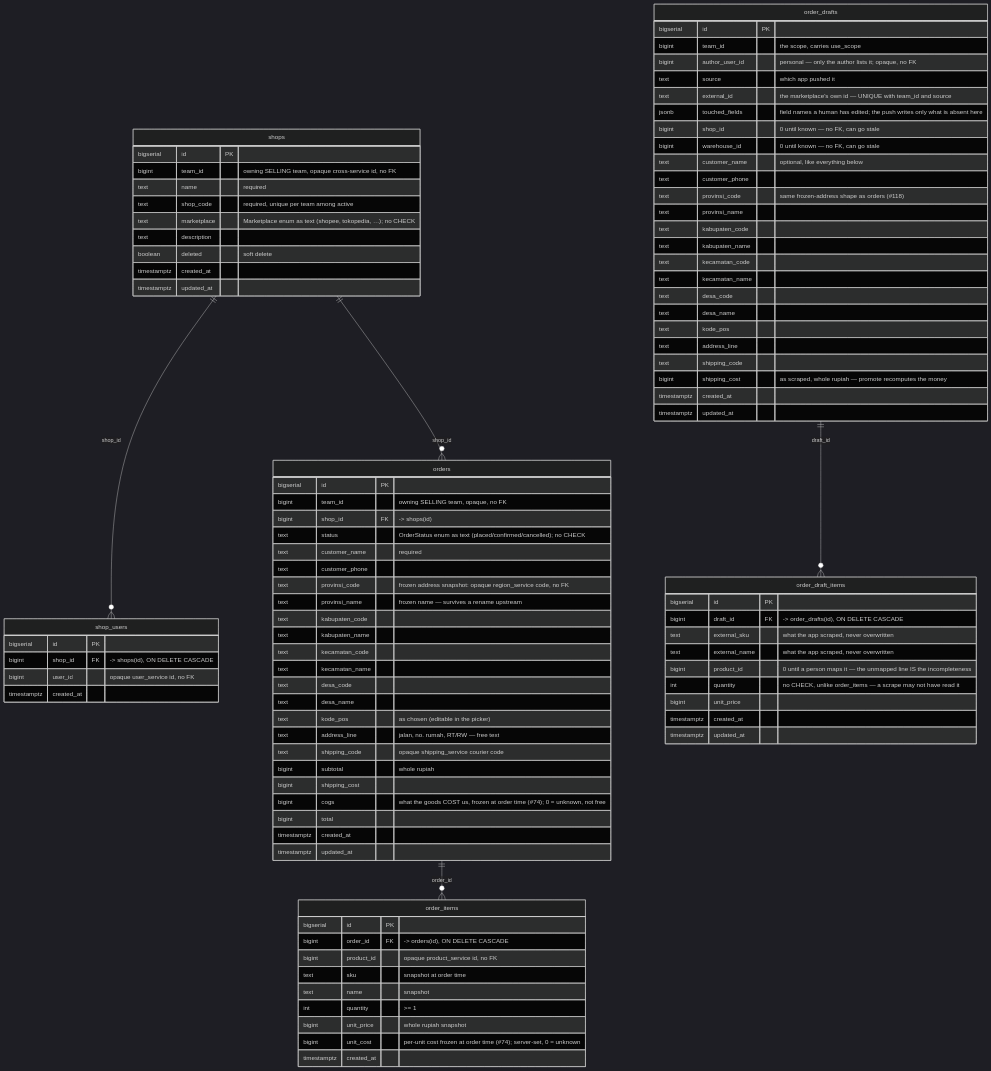
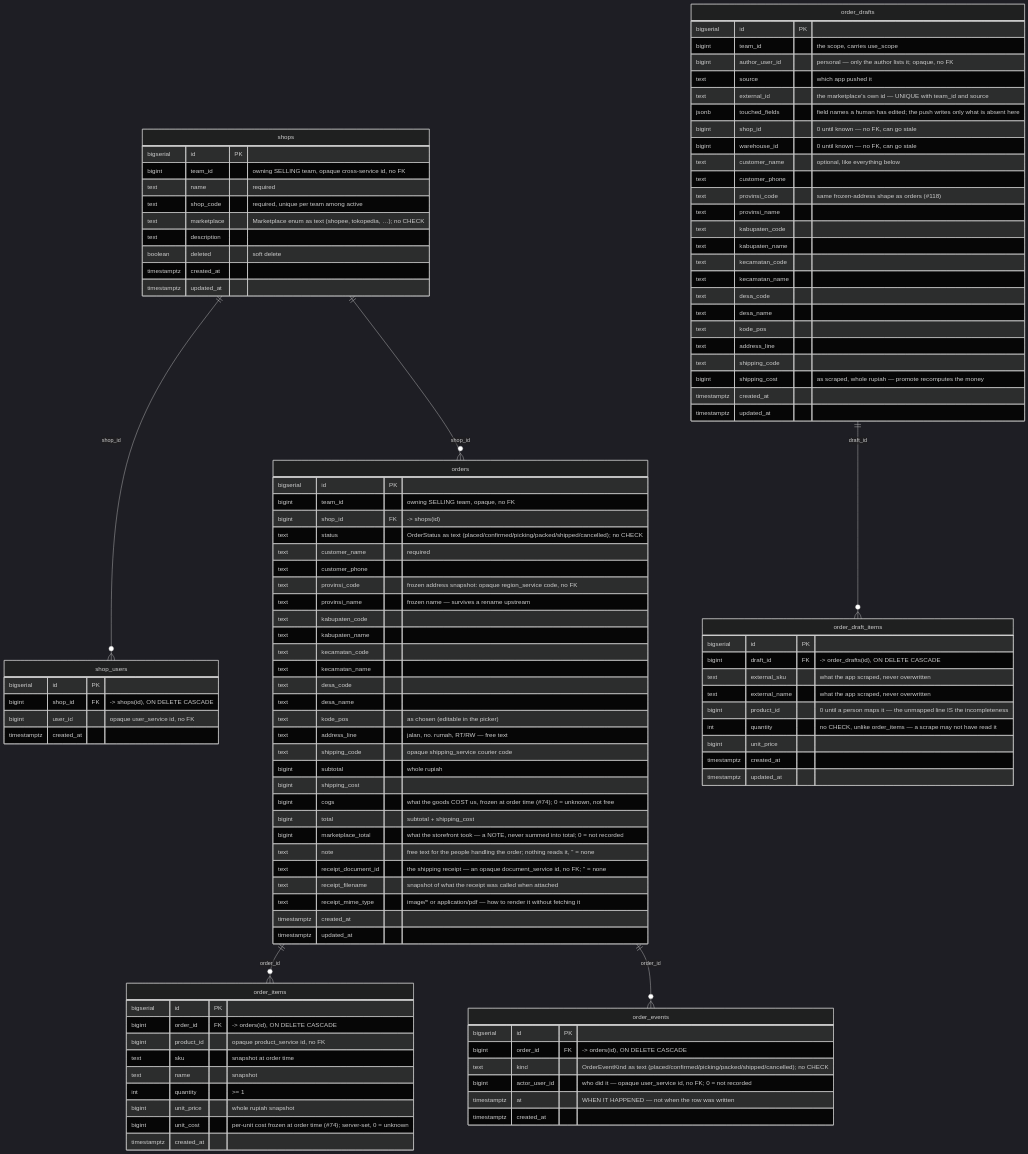
The fifth of 13 diagrams in docs/database-schema.md (pdcgo/warehouse_revamp), drawn with Mermaid (dark theme) before and after one commit. The commit also changed other lines of this file and 168 other files, not shown here.

```diff
--- a/docs/database-schema.md
+++ b/docs/database-schema.md
@@ -206,6 +206,7 @@
     shops ||--o{ shop_users : "shop_id"
     shops ||--o{ orders : "shop_id"
     orders ||--o{ order_items : "order_id"
+    orders ||--o{ order_events : "order_id"
     order_drafts ||--o{ order_draft_items : "draft_id"
 
     shops {
@@ -231,7 +232,7 @@
         bigserial   id               PK
         bigint      team_id          "owning SELLING team, opaque, no FK"
         bigint      shop_id          FK "-> shops(id)"
-        text        status           "OrderStatus enum as text (placed/confirmed/cancelled); no CHECK"
+        text        status           "OrderStatus as text (placed/confirmed/picking/packed/shipped/cancelled); no CHECK"
         text        customer_name    "required"
         text        customer_phone
         text        provinsi_code    "frozen address snapshot: opaque region_service code, no FK"
@@ -248,7 +249,12 @@
         bigint      subtotal         "whole rupiah"
         bigint      shipping_cost
         bigint      cogs               "what the goods COST us, frozen at order time (#74); 0 = unknown, not free"
-        bigint      total
+        bigint      total              "subtotal + shipping_cost"
+        bigint      marketplace_total  "what the storefront took — a NOTE, never summed into total; 0 = not recorded"
+        text        note                "free text for the people handling the order; nothing reads it, '' = none"
+        text        receipt_document_id "the shipping receipt — an opaque document_service id, no FK; '' = none"
+        text        receipt_filename    "snapshot of what the receipt was called when attached"
+        text        receipt_mime_type   "image/* or application/pdf — how to render it without fetching it"
         timestamptz created_at
         timestamptz updated_at
     }
@@ -262,6 +268,15 @@
         int         quantity   ">= 1"
         bigint      unit_price "whole rupiah snapshot"
         bigint      unit_cost     "per-unit cost frozen at order time (#74); server-set, 0 = unknown"
+        timestamptz created_at
+    }
+
+    order_events {
+        bigserial   id            PK
+        bigint      order_id      FK "-> orders(id), ON DELETE CASCADE"
+        text        kind          "OrderEventKind as text (placed/confirmed/picking/packed/shipped/cancelled); no CHECK"
+        bigint      actor_user_id "who did it — opaque user_service id, no FK; 0 = not recorded"
+        timestamptz at            "WHEN IT HAPPENED — not when the row was written"
         timestamptz created_at
     }
 
```
